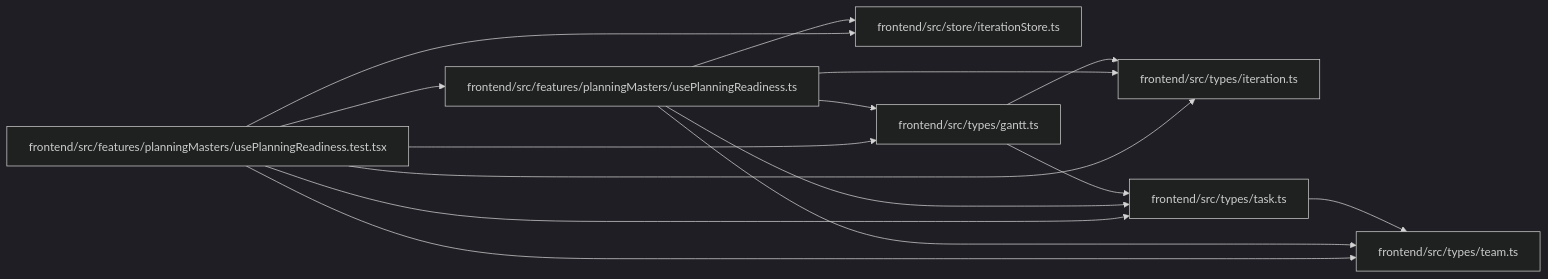
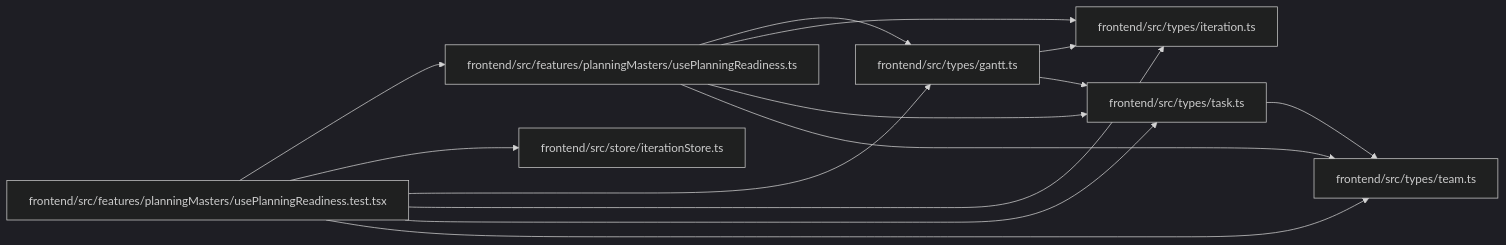
Before and after one commit to Denissvgn/WorkChord: the diagram in docs/llm_wiki/modules/usePlanningReadiness.test.md, drawn with Mermaid (dark theme). The commit also changed other lines of this file and 2373 other files, not shown here.

````diff
--- a/docs/llm_wiki/modules/usePlanningReadiness.test.md
+++ b/docs/llm_wiki/modules/usePlanningReadiness.test.md
@@ -36,31 +37,30 @@
 ```mermaid
 flowchart LR
     n0["frontend/src/features/planningMasters/usePlanningReadiness.test.tsx"]
     n1["frontend/src/features/planningMasters/usePlanningReadiness.ts"]
     n2["frontend/src/store/iterationStore.ts"]
     n3["frontend/src/types/gantt.ts"]
     n4["frontend/src/types/iteration.ts"]
     n5["frontend/src/types/task.ts"]
     n6["frontend/src/types/team.ts"]
     n0 --> n1
     n0 --> n2
     n0 --> n3
     n0 --> n4
     n0 --> n5
     n0 --> n6
-    n1 --> n2
     n1 --> n3
     n1 --> n4
     n1 --> n5
     n1 --> n6
     n3 --> n4
     n3 --> n5
     n5 --> n6
     click n0 "../modules/usePlanningReadiness.test.md"
     click n1 "../modules/usePlanningReadiness.md"
     click n2 "../modules/iterationStore.md"
     click n3 "../modules/types_gantt.md"
     click n4 "../modules/types_iteration.md"
     click n5 "../modules/types_task.md"
     click n6 "../modules/types_team.md"
 ```
````
